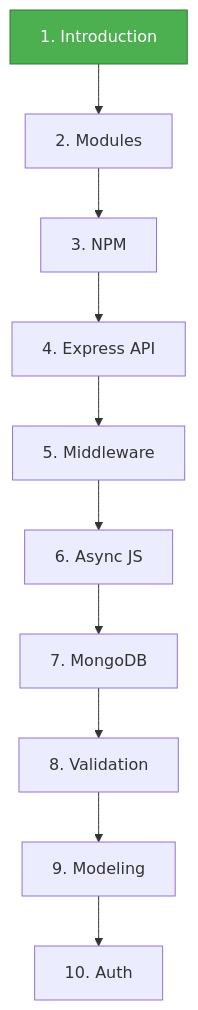
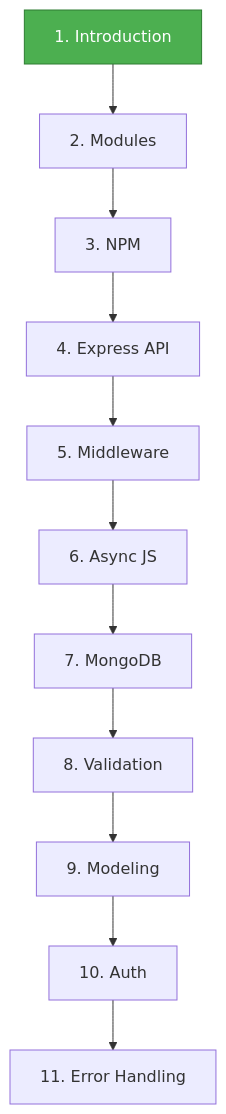
The diagram in README.md (VIVES-Zuid/node), drawn with Mermaid before and after one commit. The commit also changed other lines of this file and 5 other files, not shown here.

````diff
--- a/README.md
+++ b/README.md
@@ -264,13 +286,14 @@
 ```mermaid
 graph TD
     A[1. Introduction] --> B[2. Modules]
     B --> C[3. NPM]
     C --> D[4. Express API]
     D --> E[5. Middleware]
     E --> F[6. Async JS]
     F --> G[7. MongoDB]
     G --> H[8. Validation]
     H --> I[9. Modeling]
     I --> J[10. Auth]
+    J --> K[11. Error Handling]
     style A fill:#4caf50,stroke:#2e7d32,color:#fff
 ```
````
